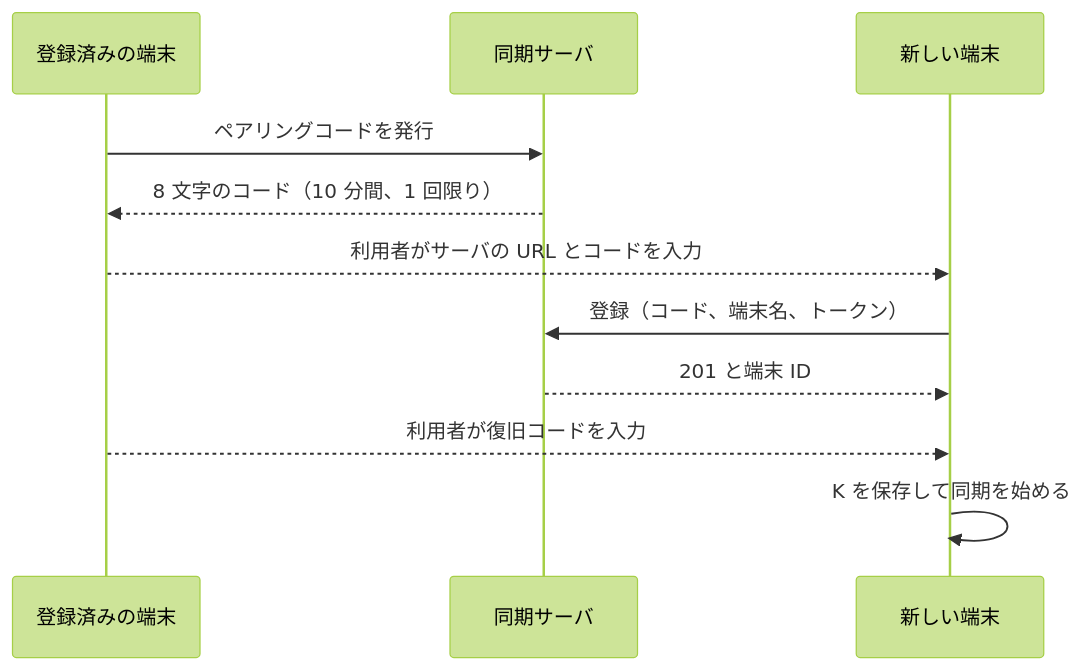
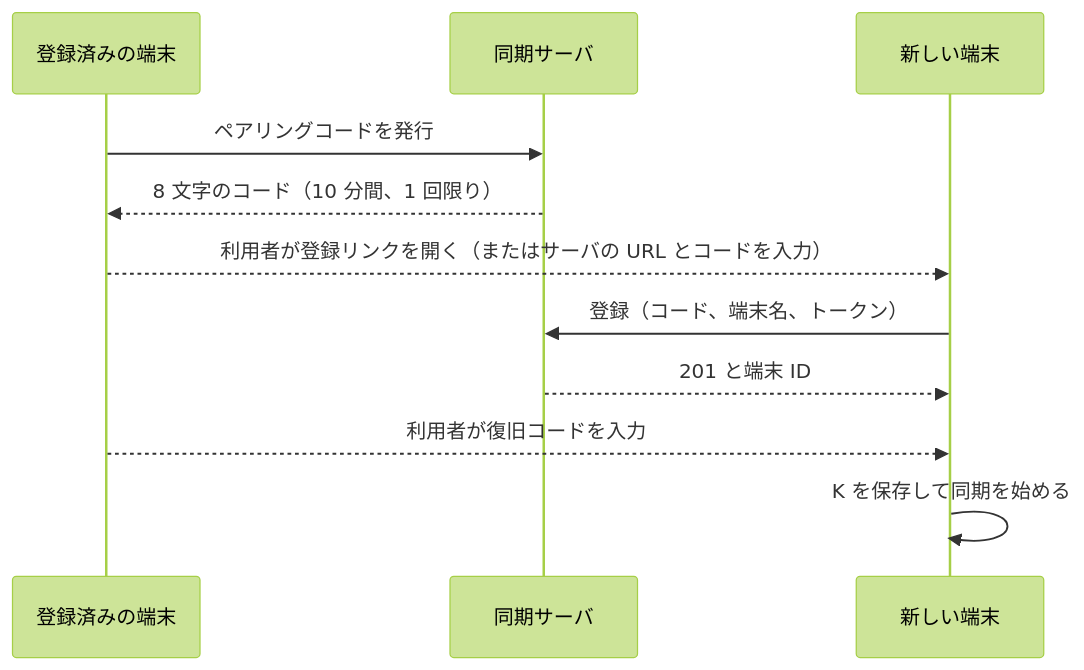
The second of 2 diagrams in docs/pairing.md (sksat/ashidori), drawn with Mermaid (forest theme) before and after one commit. The commit also changed other lines of this file and 27 other files, not shown here.

````diff
--- a/docs/pairing.md
+++ b/docs/pairing.md
@@ -45,13 +45,13 @@
 ```mermaid
 sequenceDiagram
   participant A as 登録済みの端末
   participant S as 同期サーバ
   participant B as 新しい端末
   A->>S: ペアリングコードを発行
   S-->>A: 8 文字のコード（10 分間、1 回限り）
-  A-->>B: 利用者がサーバの URL とコードを入力
+  A-->>B: 利用者が登録リンクを開く（またはサーバの URL とコードを入力）
   B->>S: 登録（コード、端末名、トークン）
   S-->>B: 201 と端末 ID
   A-->>B: 利用者が復旧コードを入力
   B->>B: K を保存して同期を始める
 ```
````
